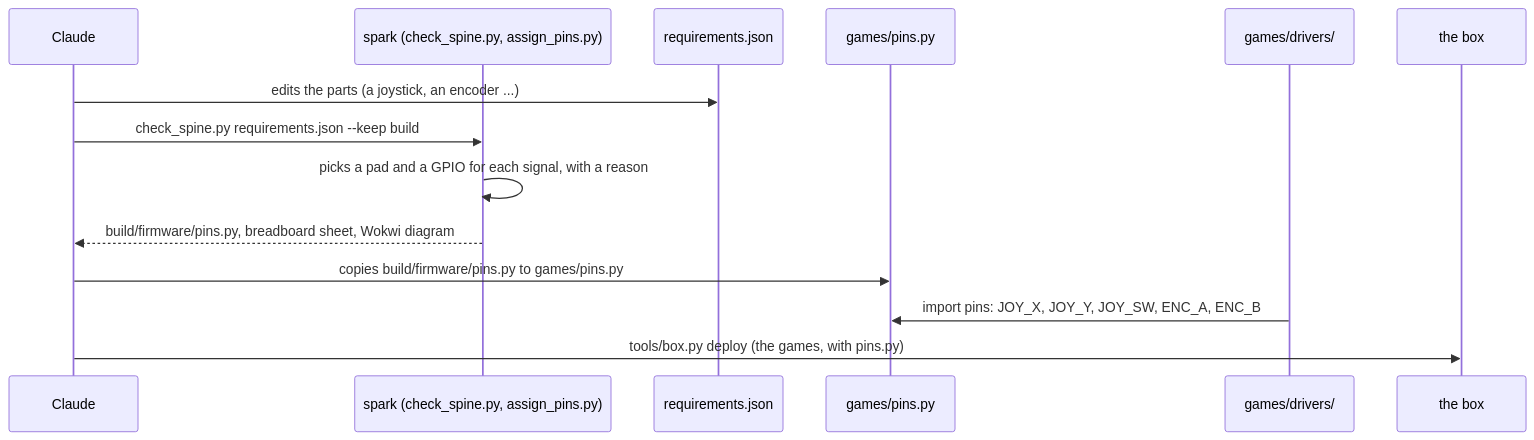
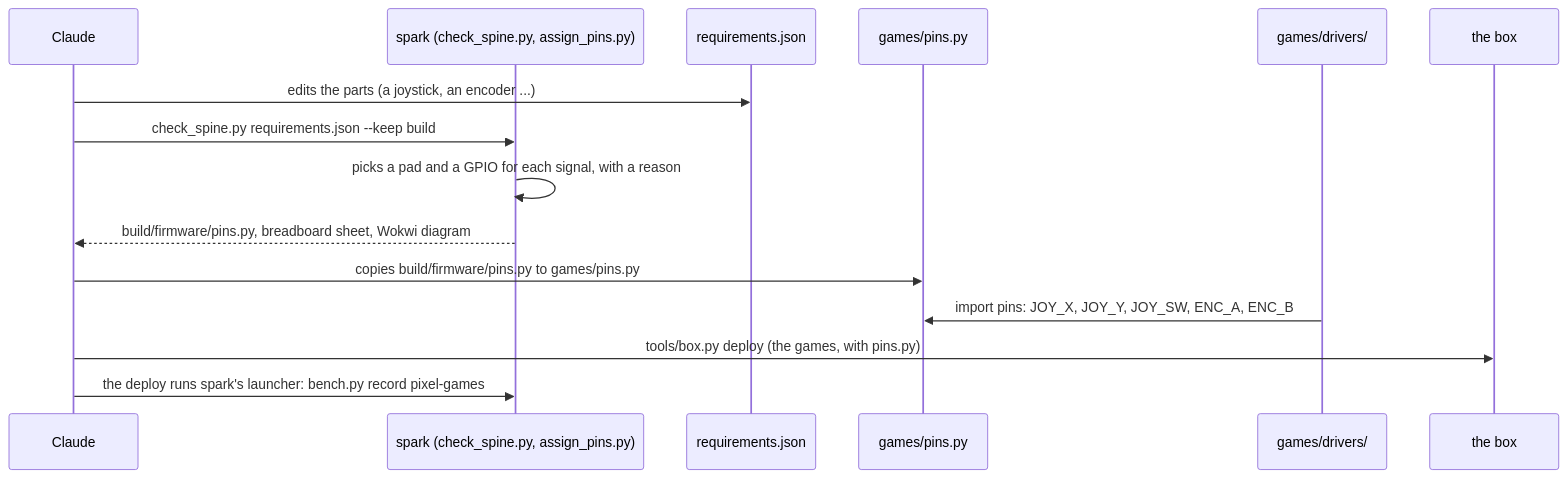
The fourth of 5 diagrams in docs/overview.md (xmejkal/pixel-games), drawn with Mermaid before and after one commit. The commit also changed other lines of this file and 4 other files, not shown here.

````diff
--- a/docs/overview.md
+++ b/docs/overview.md
@@ -146,16 +147,17 @@
 ```mermaid
 sequenceDiagram
     participant C as Claude
     participant S as spark (check_spine.py, assign_pins.py)
     participant R as requirements.json
     participant P as games/pins.py
     participant D as games/drivers/
     participant B as the box
     C->>R: edits the parts (a joystick, an encoder ...)
     C->>S: check_spine.py requirements.json --keep build
     S->>S: picks a pad and a GPIO for each signal, with a reason
     S-->>C: build/firmware/pins.py, breadboard sheet, Wokwi diagram
     C->>P: copies build/firmware/pins.py to games/pins.py
     D->>P: import pins: JOY_X, JOY_Y, JOY_SW, ENC_A, ENC_B
     C->>B: tools/box.py deploy (the games, with pins.py)
+    C->>S: the deploy runs spark's launcher: bench.py record pixel-games
 ```
````
